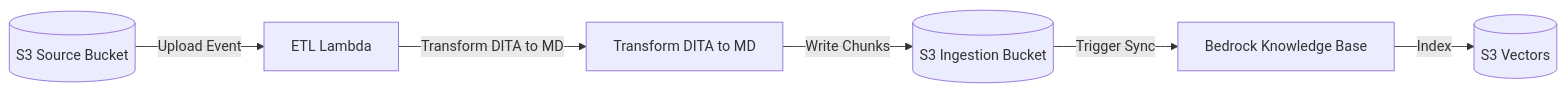
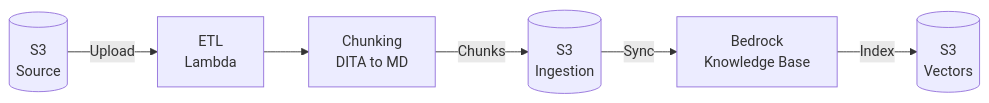
One commit to Nikolaikl/about-me changed the diagram in assets/images/arch_etl_pipeline.mmd. Above: the diagram before and after it, drawn with Mermaid. The commit also changed 5 other files, not shown here.

```diff
--- a/assets/images/arch_etl_pipeline.mmd
+++ b/assets/images/arch_etl_pipeline.mmd
@@ -1,13 +1,13 @@
 flowchart LR
-    S3Src[(S3 Source Bucket)]
-    ETLL[ETL Lambda]
-    Transform[Transform DITA to MD]
-    S3Ing[(S3 Ingestion Bucket)]
-    KB[Bedrock Knowledge Base]
-    S3Vec[(S3 Vectors)]
+    S3Src[(S3<br/>Source)]
+    ETLL[ETL<br/>Lambda]
+    Chunk[Chunking<br/>DITA to MD]
+    S3Ing[(S3<br/>Ingestion)]
+    KB[Bedrock<br/>Knowledge Base]
+    S3Vec[(S3<br/>Vectors)]
 
-    S3Src -->|Upload Event| ETLL
-    ETLL -->|Transform DITA to MD| Transform
-    Transform -->|Write Chunks| S3Ing
-    S3Ing -->|Trigger Sync| KB
+    S3Src -->|Upload| ETLL
+    ETLL --> Chunk
+    Chunk -->|Chunks| S3Ing
+    S3Ing -->|Sync| KB
     KB -->|Index| S3Vec
```
